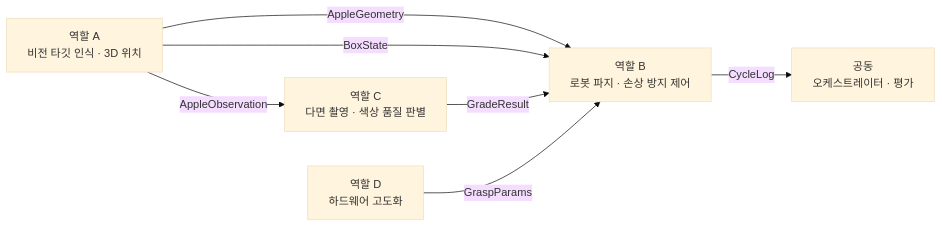
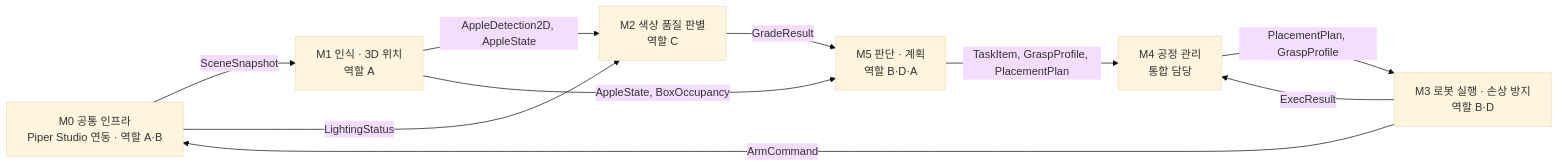
Before and after one commit to pikachu515/aple-pac2026: the first of 2 diagrams in docs/interfaces.md, drawn with Mermaid (base theme). The commit also changed other lines of this file and 48 other files, not shown here.

First line of the commit message:
Restructure to follow the team architecture design (Notion, 10/03)

````diff
--- a/docs/interfaces.md
+++ b/docs/interfaces.md
@@ -8,14 +8,18 @@
 ```mermaid
 flowchart LR
-    A["역할 A<br/>비전 타깃 인식 · 3D 위치"]
-    C["역할 C<br/>다면 촬영 · 색상 품질 판별"]
-    D["역할 D<br/>하드웨어 고도화"]
-    B["역할 B<br/>로봇 파지 · 손상 방지 제어"]
-    S["공동<br/>오케스트레이터 · 평가"]
-    A -->|AppleObservation| C
-    A -->|AppleGeometry| B
-    A -->|BoxState| B
-    C -->|GradeResult| B
-    D -->|GraspParams| B
-    B -->|CycleLog| S
+    M0["M0 공통 인프라<br/>Piper Studio 연동 · 역할 A·B"]
+    M1["M1 인식 · 3D 위치<br/>역할 A"]
+    M2["M2 색상 품질 판별<br/>역할 C"]
+    M5["M5 판단 · 계획<br/>역할 B·D·A"]
+    M3["M3 로봇 실행 · 손상 방지<br/>역할 B·D"]
+    M4["M4 공정 관리<br/>통합 담당"]
+    M0 -->|"SceneSnapshot"| M1
+    M0 -->|"LightingStatus"| M2
+    M1 -->|"AppleDetection2D, AppleState"| M2
+    M1 -->|"AppleState, BoxOccupancy"| M5
+    M2 -->|"GradeResult"| M5
+    M5 -->|"TaskItem, GraspProfile, PlacementPlan"| M4
+    M4 -->|"PlacementPlan, GraspProfile"| M3
+    M3 -->|"ArmCommand"| M0
+    M3 -->|"ExecResult"| M4
 ```
````
